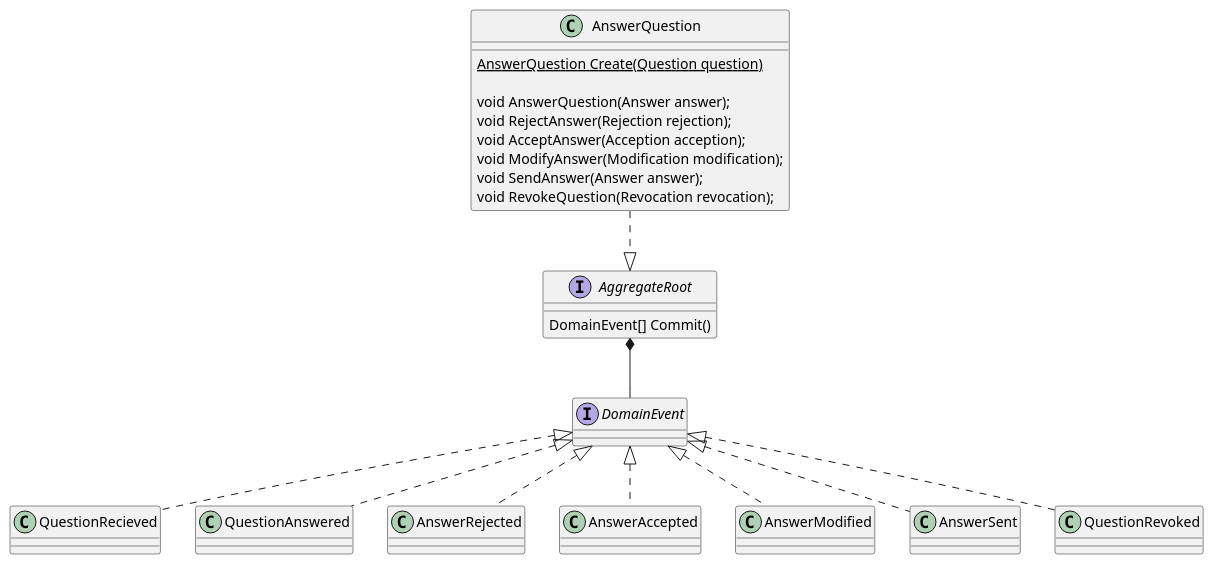
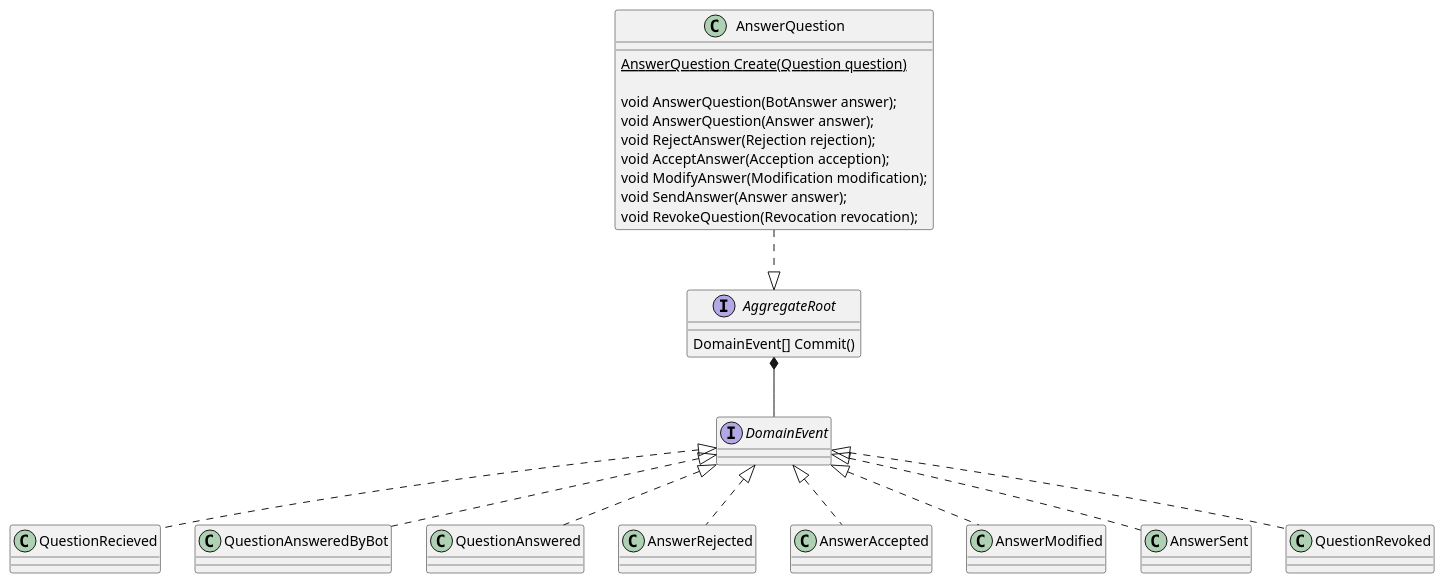
One commit to synionnl/blog changed the diagram in docs/blog/bizdevops/living-documentation.md. Above: the diagram before and after it, drawn with PlantUML. The commit also changed other lines of this file and 1 other file, not shown here.

````diff
--- a/docs/blog/bizdevops/living-documentation.md
+++ b/docs/blog/bizdevops/living-documentation.md
@@ -46,31 +58,33 @@
 ```plantuml
 
 interface AggregateRoot
 {
     DomainEvent[] Commit()
 }
 
 class AnswerQuestion
 {
     {static} AnswerQuestion Create(Question question)
     
+    void AnswerQuestion(BotAnswer answer);
     void AnswerQuestion(Answer answer);
     void RejectAnswer(Rejection rejection);
     void AcceptAnswer(Acception acception);
     void ModifyAnswer(Modification modification);
     void SendAnswer(Answer answer);
     void RevokeQuestion(Revocation revocation);
 }
 
 class QuestionRecieved implements DomainEvent
+class QuestionAnsweredByBot implements DomainEvent
 class QuestionAnswered implements DomainEvent
 class AnswerRejected implements DomainEvent
 class AnswerAccepted implements DomainEvent
 class AnswerModified implements DomainEvent
 class AnswerSent implements DomainEvent
 class QuestionRevoked implements DomainEvent
 
 AnswerQuestion .d.|> AggregateRoot
 AggregateRoot *-d- DomainEvent
 
 ```
````
